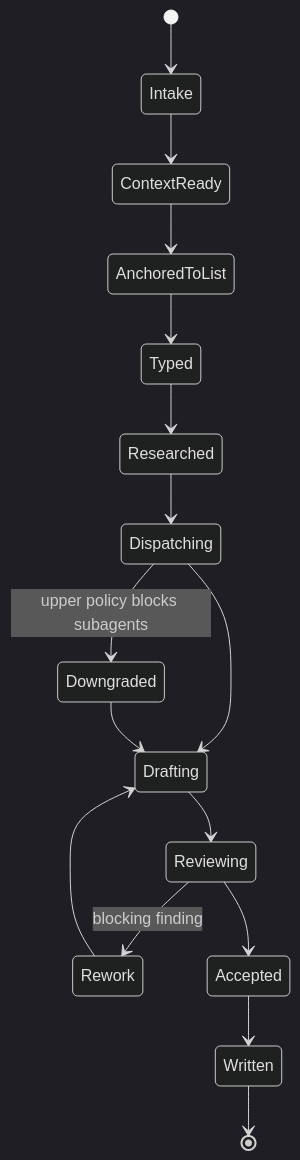
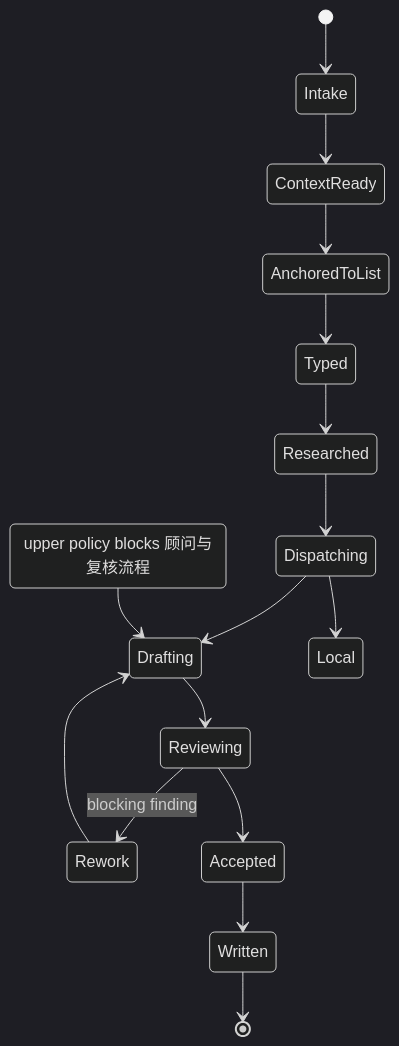
Before and after one commit to ZEN-VOID/AI-CUT: the third of 3 diagrams in .agents/skills/aigc/7-设计/角色/2-设计/SKILL.md, drawn with Mermaid (dark theme). The commit also changed other lines of this file and 137 other files, not shown here.

````diff
--- a/.agents/skills/aigc/7-设计/角色/2-设计/SKILL.md
+++ b/.agents/skills/aigc/7-设计/角色/2-设计/SKILL.md
@@ -139,18 +139,18 @@
 ```mermaid
 stateDiagram-v2
     [*] --> Intake
     Intake --> ContextReady
     ContextReady --> AnchoredToList
     AnchoredToList --> Typed
     Typed --> Researched
     Researched --> Dispatching
     Dispatching --> Drafting
-    Dispatching --> Downgraded: upper policy blocks subagents
-    Downgraded --> Drafting
+    Dispatching --> Local Checklistd: upper policy blocks 顾问与复核流程
+    Local Checklistd --> Drafting
     Drafting --> Reviewing
     Reviewing --> Rework: blocking finding
     Rework --> Drafting
     Reviewing --> Accepted
     Accepted --> Written
     Written --> [*]
 ```
````
